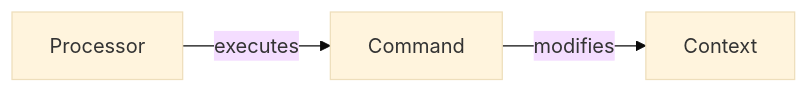
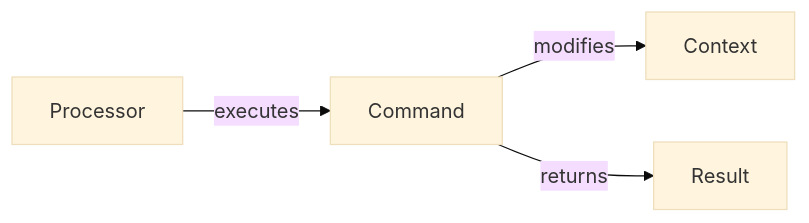
The diagram in docs/commands.md (akdasa-studios/framework), drawn with Mermaid (base theme) before and after one commit. The commit also changed other lines of this file and 9 other files, not shown here.

````diff
--- a/docs/commands.md
+++ b/docs/commands.md
@@ -1,5 +1,6 @@
 ```mermaid
 flowchart LR
     Processor-->|executes|Command
     Command-->|modifies|Context
+    Command-->|returns|Result
 ```
````
